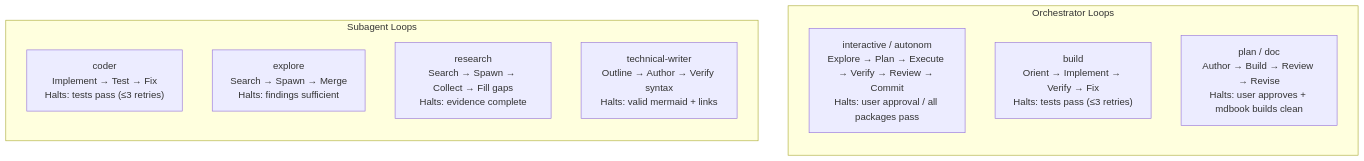
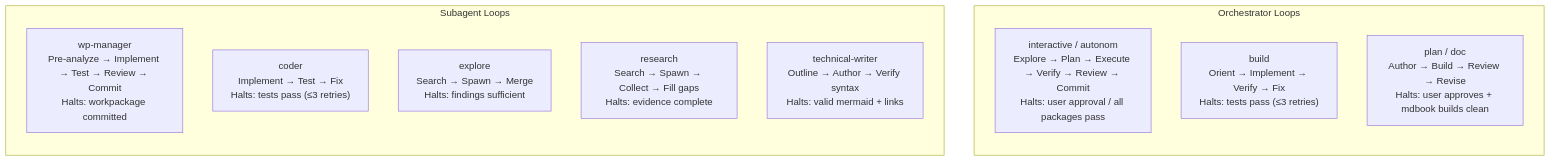
The fourth of 8 diagrams in pages/src/absurd/overview.md (juliankahlert/opencode-config), drawn with Mermaid before and after one commit. The commit also changed other lines of this file and 7 other files, not shown here.

````diff
--- a/pages/src/absurd/overview.md
+++ b/pages/src/absurd/overview.md
@@ -192,17 +194,18 @@
 ```mermaid
 flowchart TD
     subgraph "Orchestrator Loops"
         direction TB
         I["interactive / autonom<br/>Explore → Plan → Execute → Verify → Review → Commit<br/>Halts: user approval / all packages pass"]
         B["build<br/>Orient → Implement → Verify → Fix<br/>Halts: tests pass (≤3 retries)"]
         P["plan / doc<br/>Author → Build → Review → Revise<br/>Halts: user approves + mdbook builds clean"]
     end
 
     subgraph "Subagent Loops"
         direction TB
+        WPM["wp-manager<br/>Pre-analyze → Implement → Test → Review → Commit<br/>Halts: workpackage committed"]
         C["coder<br/>Implement → Test → Fix<br/>Halts: tests pass (≤3 retries)"]
         E["explore<br/>Search → Spawn → Merge<br/>Halts: findings sufficient"]
         R["research<br/>Search → Spawn → Collect → Fill gaps<br/>Halts: evidence complete"]
         T["technical-writer<br/>Outline → Author → Verify syntax<br/>Halts: valid mermaid + links"]
     end
 ```
````
